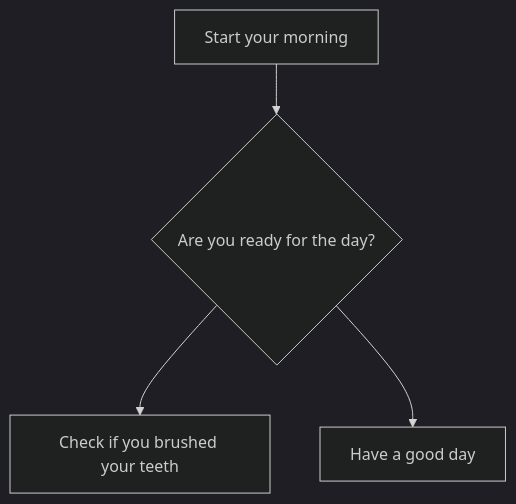
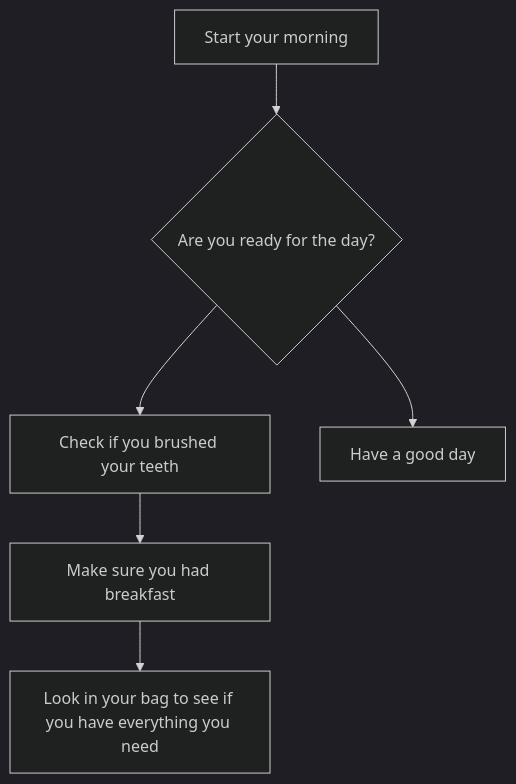
One commit to Edward3785/Edward3785.github.io changed the diagram in Diagram.md. Above: the diagram before and after it, drawn with Mermaid (dark theme).

Commit message:
Added D and E

````diff
--- a/Diagram.md
+++ b/Diagram.md
@@ -3,8 +3,10 @@
 ```mermaid
  flowchart TD;
      A[Start your morning]-->B{Are you ready for the day?};
      B --> C[Check if you brushed your teeth]
+     C --> D[Make sure you had breakfast]
+     D --> E[Look in your bag to see if you have everything you need]
      B --> F[Have a good day]
 
 
 ```
````
